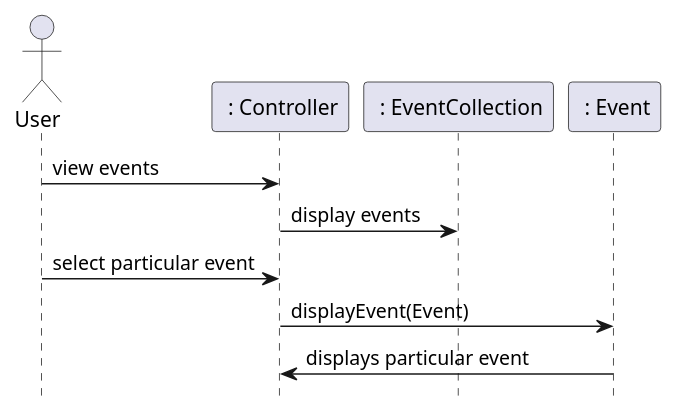
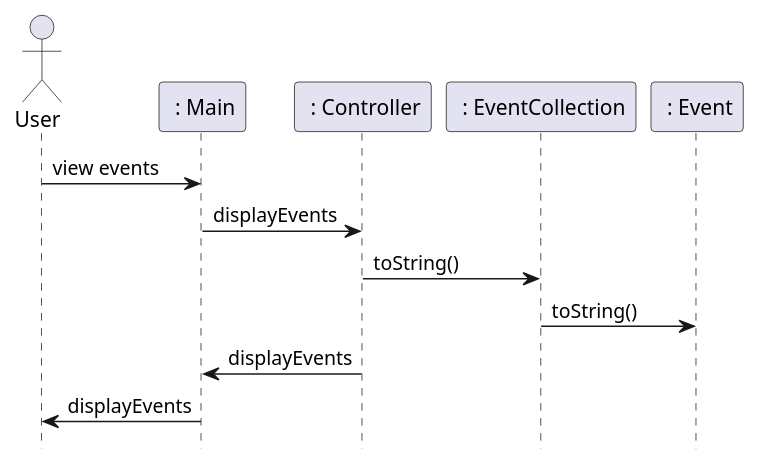
The third of 4 diagrams in doc/design.md (seamusgould/WhatsUpApp), drawn with PlantUML before and after one commit. The commit also changed other lines of this file and 28 other files, not shown here.

````diff
--- a/doc/design.md
+++ b/doc/design.md
@@ -79,20 +81,23 @@
 ```plantuml
 @startuml
 hide footbox
 actor User as user
+participant " : Main" as main
 participant " : Controller" as cont
 participant " : EventCollection" as coll
 participant " : Event" as event
 
-user -> cont: view events
+user -> main: view events
 
-cont -> coll: display events
+main -> cont: displayEvents
 
-user -> cont: select particular event
+cont -> coll: toString()
 
-cont -> event: displayEvent(Event)
+coll -> event: toString()
 
-event -> cont: displays particular event 
+cont -> main: displayEvents
+
+main -> user: displayEvents
 
 @enduml
 ```
````
